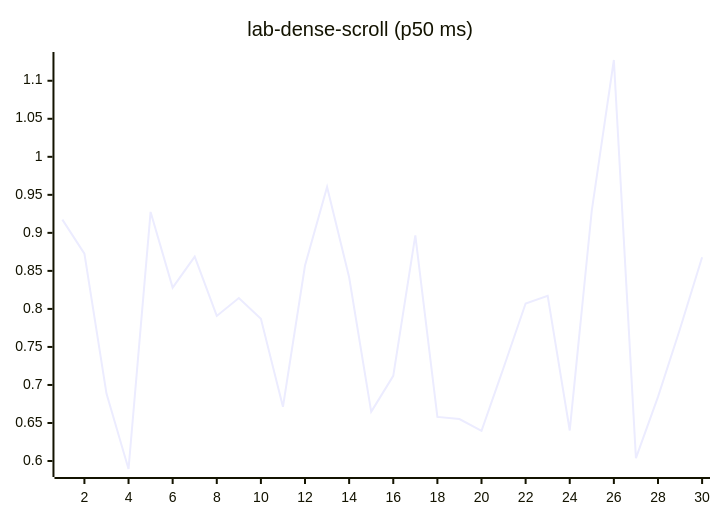
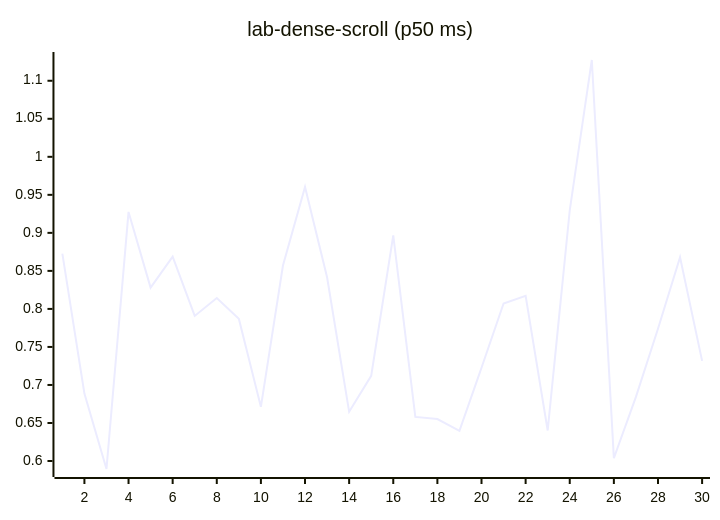
One commit to josha/Facet changed diagram 12 of 27 in README.md. Above: the diagram before and after it, drawn with Mermaid. The commit also changed other lines of this file and 2 other files, not shown here.

````diff
--- a/README.md
+++ b/README.md
@@ -140,6 +140,6 @@
 ```mermaid
 xychart-beta
     title "lab-dense-scroll (p50 ms)"
     x-axis 1 --> 30
-    line [0.9174, 0.8727, 0.6887, 0.5895, 0.9275, 0.8280, 0.8687, 0.7908, 0.8143, 0.7869, 0.6713, 0.8570, 0.9604, 0.8416, 0.6647, 0.7120, 0.8968, 0.6580, 0.6552, 0.6397, 0.7226, 0.8071, 0.8171, 0.6401, 0.9297, 1.1273, 0.6038, 0.6843, 0.7739, 0.8680]
+    line [0.8727, 0.6887, 0.5895, 0.9275, 0.8280, 0.8687, 0.7908, 0.8143, 0.7869, 0.6713, 0.8570, 0.9604, 0.8416, 0.6647, 0.7120, 0.8968, 0.6580, 0.6552, 0.6397, 0.7226, 0.8071, 0.8171, 0.6401, 0.9297, 1.1273, 0.6038, 0.6843, 0.7739, 0.8680, 0.7317]
 ```
````
